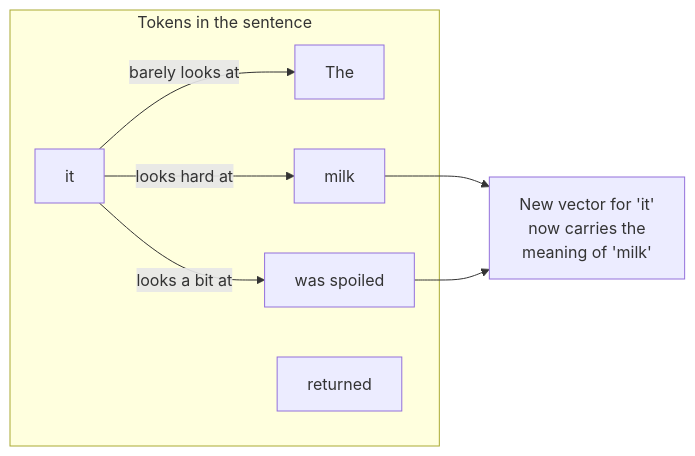
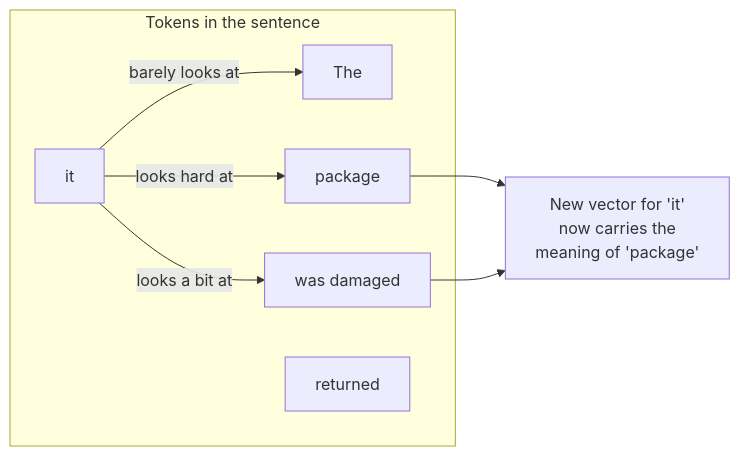
Before and after one commit to shubamchaudhary/CodeNITW: the fifth of 8 diagrams in src/Data/aiStackDocs/CH-01.md, drawn with Mermaid. The commit also changed other lines of this file and 32 other files, not shown here.

````diff
--- a/src/Data/aiStackDocs/CH-01.md
+++ b/src/Data/aiStackDocs/CH-01.md
@@ -152,15 +154,15 @@
 ```mermaid
 flowchart LR
     subgraph TOK["Tokens in the sentence"]
         T1["The"]
-        T2["milk"]
-        T3["was spoiled"]
+        T2["package"]
+        T3["was damaged"]
         T4["returned"]
         T5["it"]
     end
     T5 -->|"looks hard at"| T2
     T5 -->|"looks a bit at"| T3
     T5 -->|"barely looks at"| T1
-    T2 --> NEW["New vector for 'it'<br/>now carries the<br/>meaning of 'milk'"]
+    T2 --> NEW["New vector for 'it'<br/>now carries the<br/>meaning of 'package'"]
     T3 --> NEW
 ```
````
